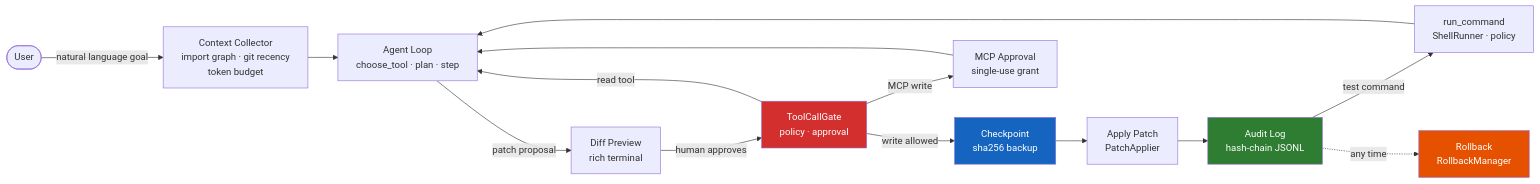
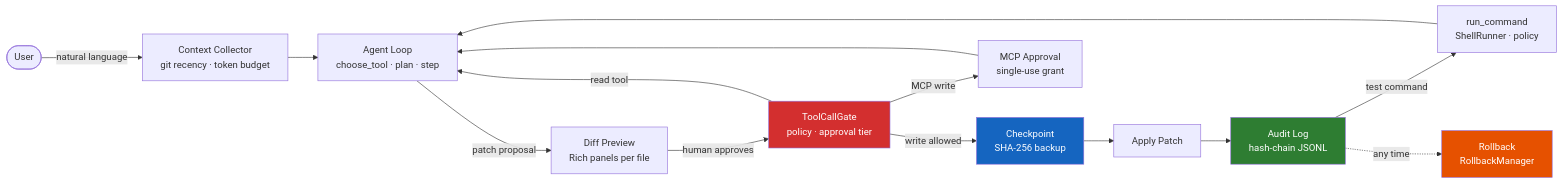
The diagram in README.md (dyxnb22/SafeCodeAgent), drawn with Mermaid before and after one commit. The commit also changed other lines of this file and 6 other files, not shown here.

````diff
--- a/README.md
+++ b/README.md
@@ -8,21 +8,21 @@
 ```mermaid
 flowchart LR
-    U([User]) -->|natural language goal| CTX[Context Collector\nimport graph · git recency\ntoken budget]
+    U([User]) -->|natural language| CTX[Context Collector\ngit recency · token budget]
     CTX --> LOOP[Agent Loop\nchoose_tool · plan · step]
-    LOOP -->|patch proposal| DIFF[Diff Preview\nrich terminal]
-    DIFF -->|human approves| GATE[ToolCallGate\npolicy · approval]
-    GATE -->|write allowed| CHK[Checkpoint\nsha256 backup]
-    CHK --> APPLY[Apply Patch\nPatchApplier]
+    LOOP -->|patch proposal| DIFF[Diff Preview\nRich panels per file]
+    DIFF -->|human approves| GATE[ToolCallGate\npolicy · approval tier]
+    GATE -->|write allowed| CHK[Checkpoint\nSHA-256 backup]
+    CHK --> APPLY[Apply Patch]
     APPLY --> AUD[Audit Log\nhash-chain JSONL]
     AUD -->|test command| RUN[run_command\nShellRunner · policy]
     RUN --> LOOP
     AUD -.->|any time| ROLL[Rollback\nRollbackManager]
     GATE -->|read tool| LOOP
     GATE -->|MCP write| MCPA[MCP Approval\nsingle-use grant]
     MCPA --> LOOP
 
     style GATE fill:#d32f2f,color:#fff
     style CHK  fill:#1565c0,color:#fff
     style AUD  fill:#2e7d32,color:#fff
     style ROLL fill:#e65100,color:#fff
 ```
````
